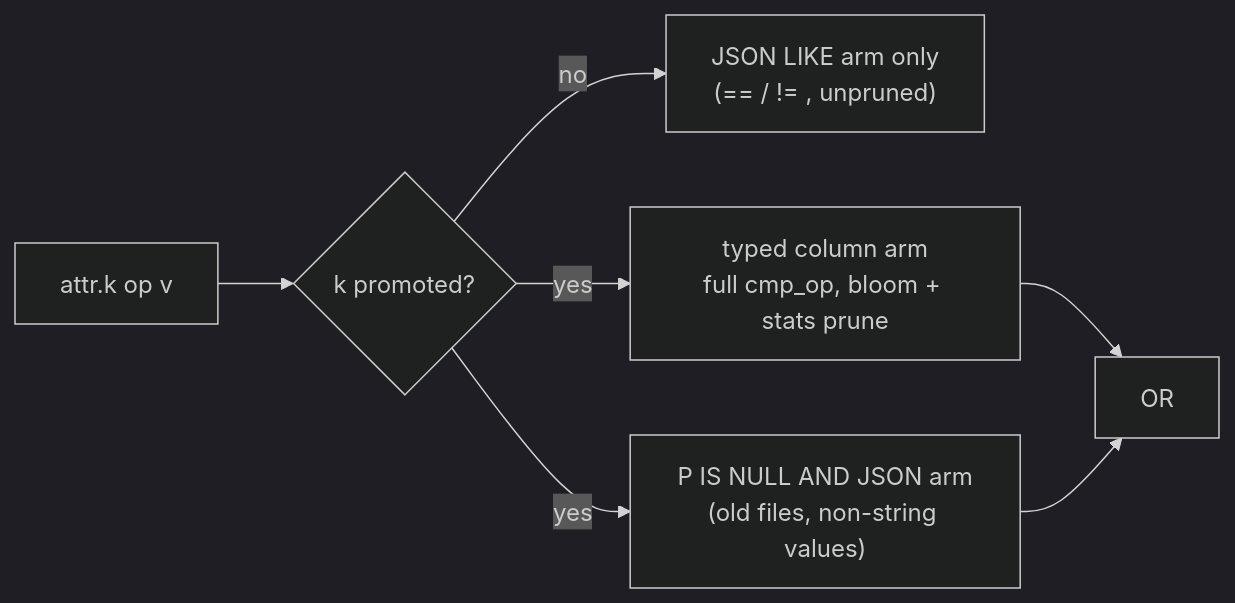
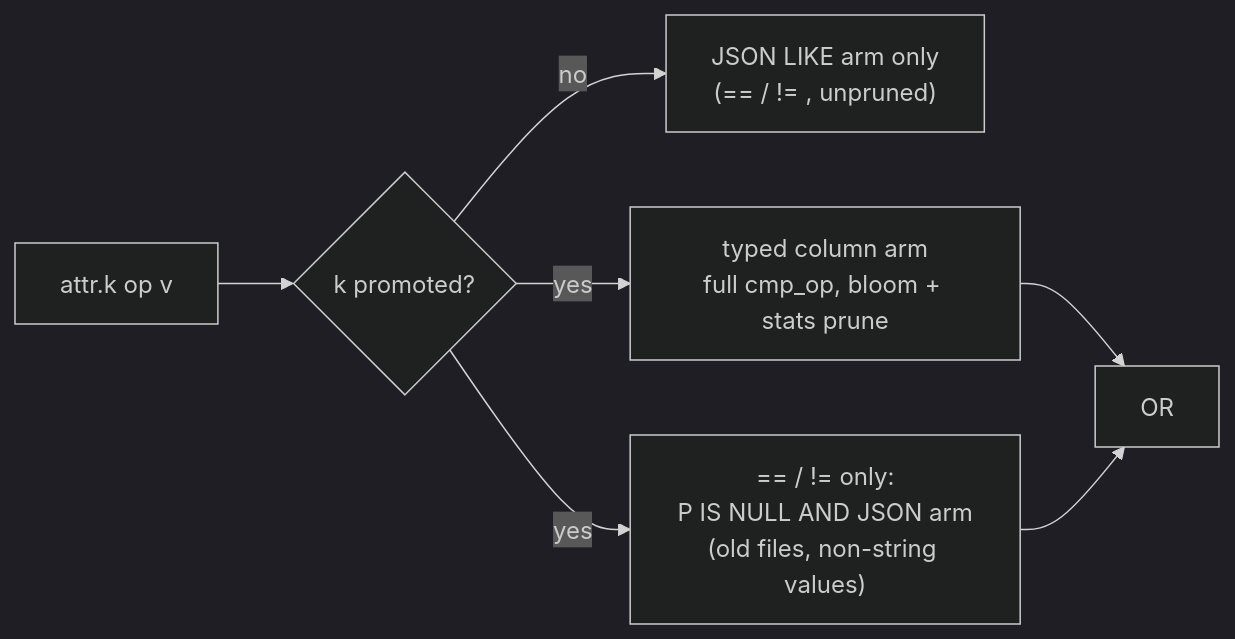
One commit to jensholdgaard/ourios changed the diagram in docs/rfcs/0022-queryable-attribute-columns.md. Above: the diagram before and after it, drawn with Mermaid (dark theme). The commit also changed other lines of this file, not shown here.

First line of the commit message:
docs(rfc): rfc 0022 §3.3 scopes the two-arm compile to == / !=

````diff
--- a/docs/rfcs/0022-queryable-attribute-columns.md
+++ b/docs/rfcs/0022-queryable-attribute-columns.md
@@ -184,9 +196,9 @@
 ```mermaid
 flowchart LR
     Q["attr.k op v"] --> C{k promoted?}
     C -- no --> J["JSON LIKE arm only<br/>(== / != , unpruned)"]
     C -- yes --> T["typed column arm<br/>full cmp_op, bloom + stats prune"]
     T --> O["OR"]
-    J2["P IS NULL AND JSON arm<br/>(old files, non-string values)"] --> O
+    J2["== / != only:<br/>P IS NULL AND JSON arm<br/>(old files, non-string values)"] --> O
     C -- yes --> J2
 ```
````
